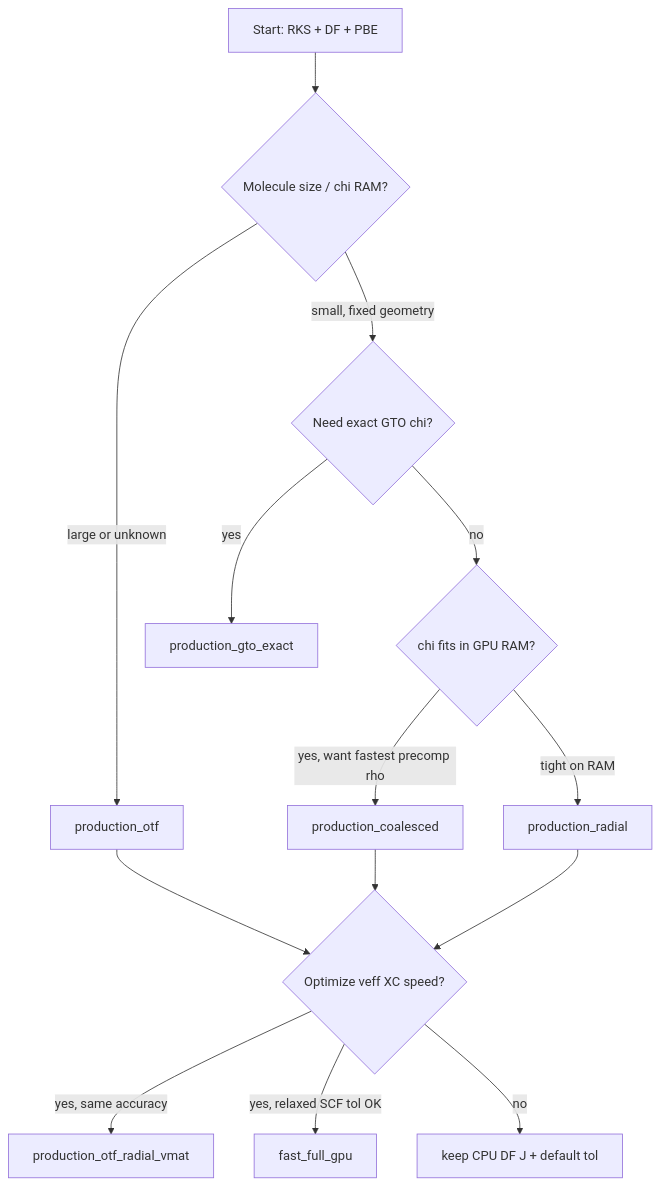
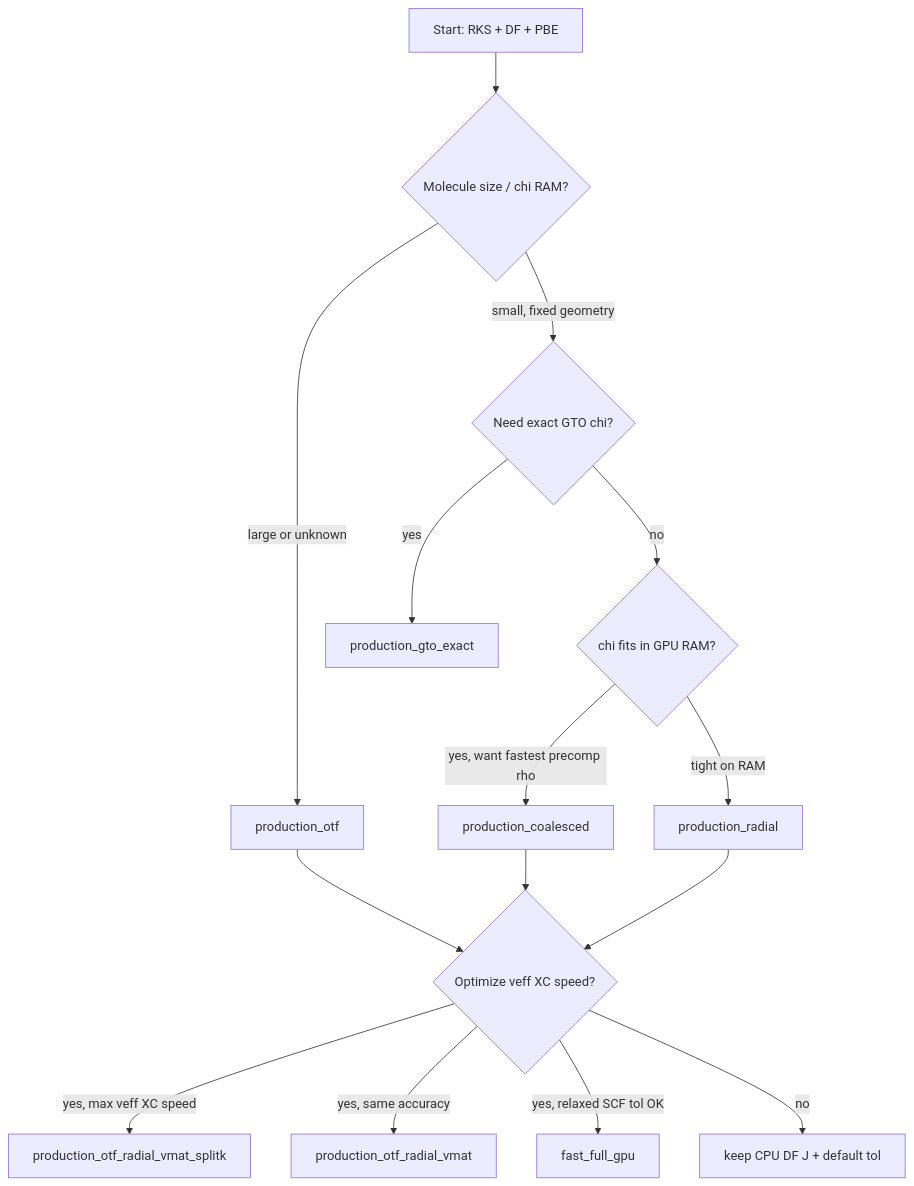
Before and after one commit to ProkopHapala/pyscf: the diagram in doc/opencl_gpu_paths_cookbook.md, drawn with Mermaid. The commit also changed other lines of this file and 27 other files, not shown here.

````diff
--- a/doc/opencl_gpu_paths_cookbook.md
+++ b/doc/opencl_gpu_paths_cookbook.md
@@ -180,16 +199,17 @@
 ```mermaid
 flowchart TD
     A[Start: RKS + DF + PBE] --> B{Molecule size / chi RAM?}
     B -->|large or unknown| C[production_otf]
     B -->|small, fixed geometry| D{Need exact GTO chi?}
     D -->|yes| E[production_gto_exact]
     D -->|no| F{chi fits in GPU RAM?}
     F -->|yes, want fastest precomp rho| G[production_coalesced]
     F -->|tight on RAM| H[production_radial]
     C --> I{Optimize veff XC speed?}
     G --> I
     H --> I
+    I -->|yes, max veff XC speed| M[production_otf_radial_vmat_splitk]
     I -->|yes, same accuracy| L[production_otf_radial_vmat]
     I -->|yes, relaxed SCF tol OK| J[fast_full_gpu]
     I -->|no| K[keep CPU DF J + default tol]
 ```
````
